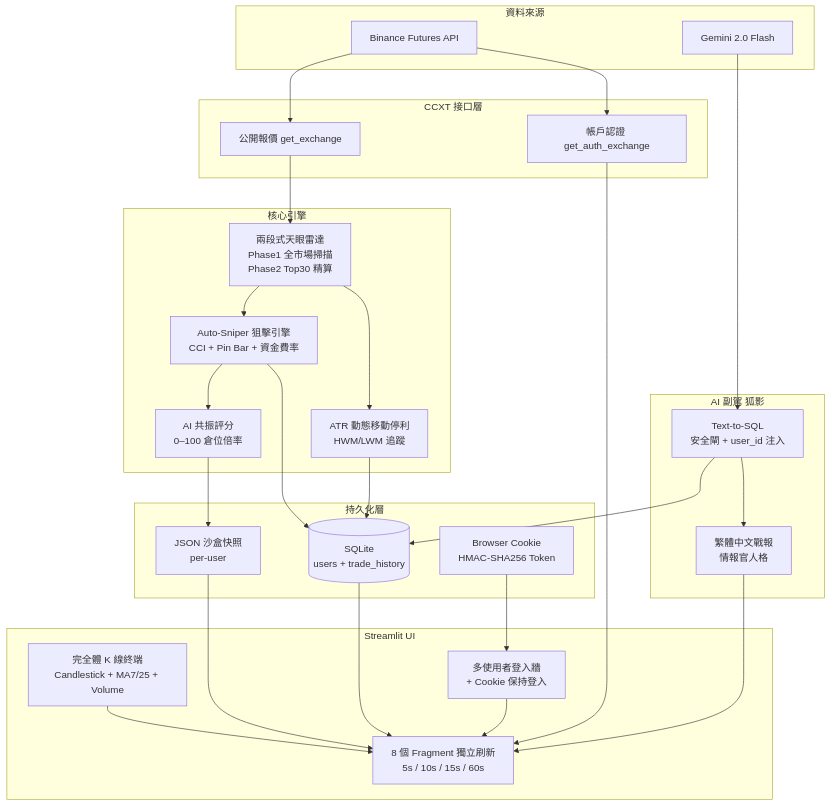
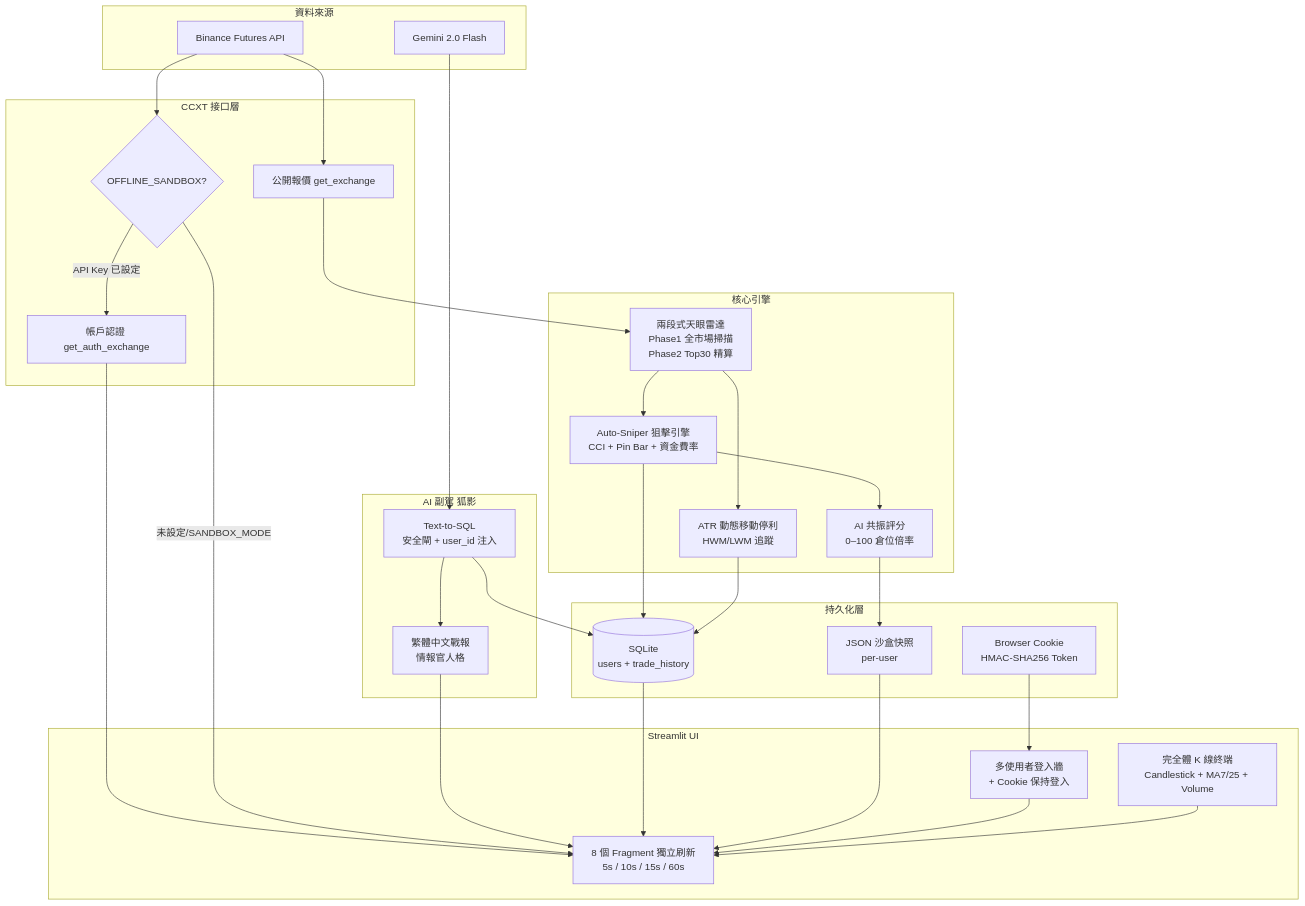
One commit to sky5416841/Project_FOX changed the diagram in README.md. Above: the diagram before and after it, drawn with Mermaid. The commit also changed other lines of this file, not shown here.

````diff
--- a/README.md
+++ b/README.md
@@ -155,49 +170,51 @@
 ```mermaid
 flowchart TD
     subgraph 資料來源
         A[Binance Futures API]
         B[Gemini 2.0 Flash]
     end
 
     subgraph CCXT 接口層
         C[公開報價 get_exchange]
         D[帳戶認證 get_auth_exchange]
+        SB{OFFLINE_SANDBOX?}
     end
 
     subgraph 核心引擎
         E[兩段式天眼雷達\nPhase1 全市場掃描\nPhase2 Top30 精算]
         F[Auto-Sniper 狙擊引擎\nCCI + Pin Bar + 資金費率]
         G[ATR 動態移動停利\nHWM/LWM 追蹤]
         H[AI 共振評分\n0–100 倉位倍率]
     end
 
     subgraph 持久化層
         I[(SQLite\nusers + trade_history)]
         J[JSON 沙盒快照\nper-user]
         K[Browser Cookie\nHMAC-SHA256 Token]
     end
 
     subgraph AI 副駕 狐影
         L[Text-to-SQL\n安全閘 + user_id 注入]
         M[繁體中文戰報\n情報官人格]
     end
 
     subgraph Streamlit UI
         N[8 個 Fragment 獨立刷新\n5s / 10s / 15s / 60s]
         O[完全體 K 線終端\nCandlestick + MA7/25 + Volume]
         P[多使用者登入牆\n+ Cookie 保持登入]
     end
 
     A --> C --> E --> F --> H
-    A --> D --> N
+    A --> SB -- API Key 已設定 --> D --> N
+    SB -- 未設定/SANDBOX_MODE --> N
     E --> G
     F --> I
     G --> I
     H --> J
     B --> L --> I
     L --> M --> N
     I --> N
     J --> N
     K --> P --> N
     O --> N
 ```
````
